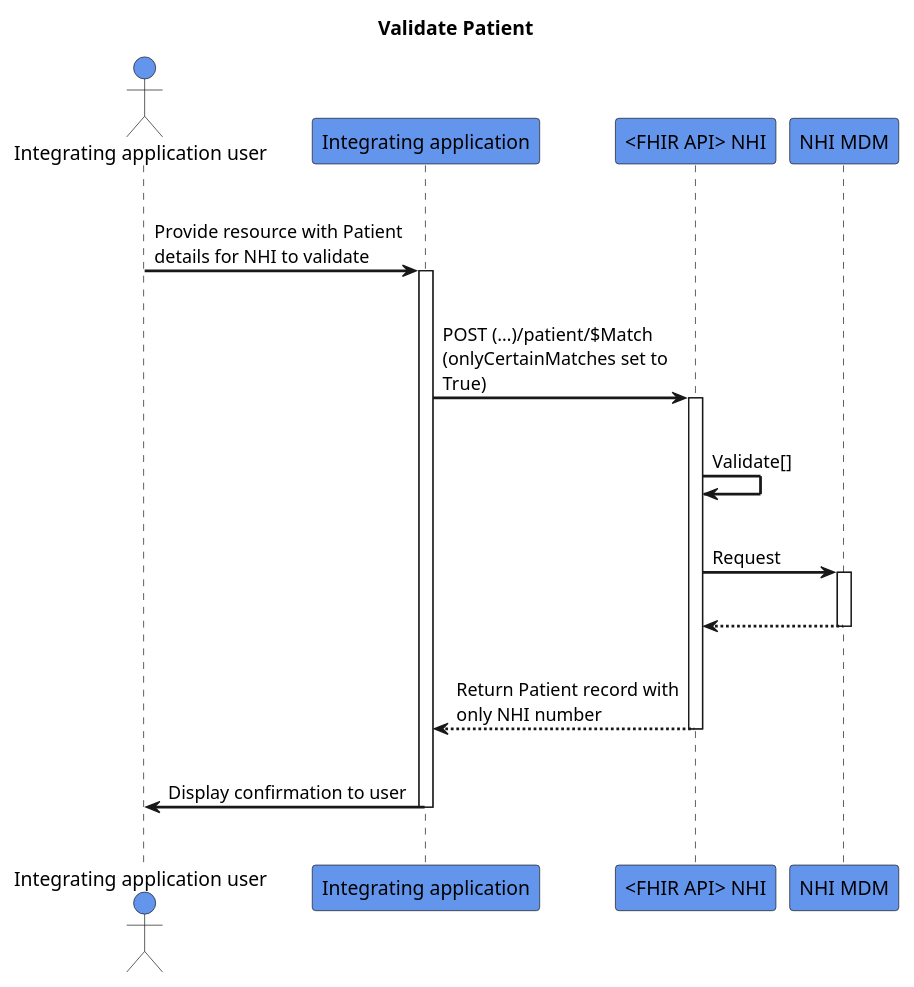
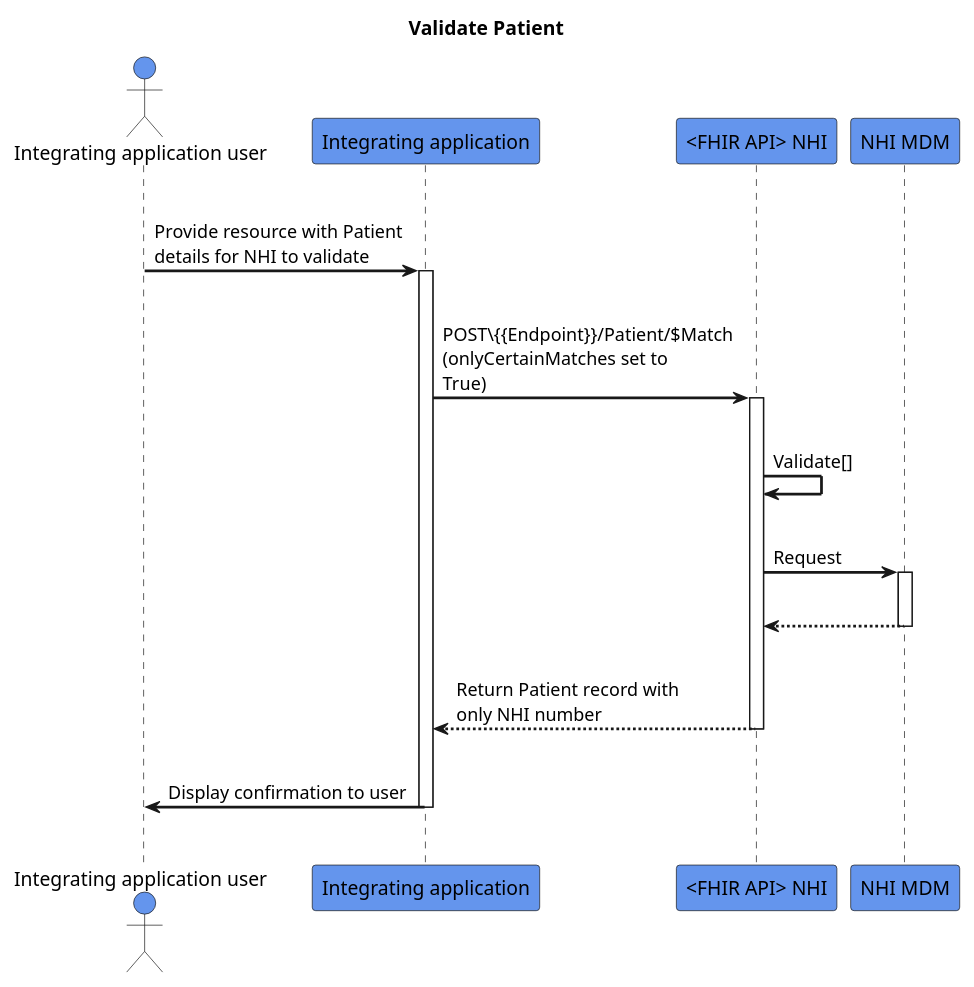
Before and after one commit to HL7NZ/nhi: the diagram in input/images-source/validate-patient.plantuml, drawn with PlantUML.

```diff
--- a/input/images-source/validate-patient.plantuml
+++ b/input/images-source/validate-patient.plantuml
@@ -1,33 +1,33 @@
 @startuml
 skinparam sequenceArrowThickness 2
 skinparam roundcorner 5
 skinparam maxmessagesize 180
 skinparam sequenceParticipant bold
 title Validate Patient
 actor "Integrating application user" as User #CornflowerBlue
 participant "Integrating application" as A #CornflowerBlue
 participant "<FHIR API> NHI" as B #CornflowerBlue
 participant "NHI MDM" as C #CornflowerBlue
 |||
 User -> A: Provide resource with Patient details for NHI to validate
 activate A
 |||
-A -> B: POST (…)/patient/$Match (onlyCertainMatches set to True)
+A -> B: POST\{{Endpoint}}/Patient/$Match (onlyCertainMatches set to True)
 activate B
 |||
 B -> B: Validate[]
 |||
 B -> C: Request
 activate C
 |||
 
 C -[dashed]-> B:
 deactivate C
 |||
 B -[dashed]-> A: Return Patient record with only NHI number
 deactivate B
 |||
 A -> User: Display confirmation to user
 deactivate A
 |||
 @enduml
```
